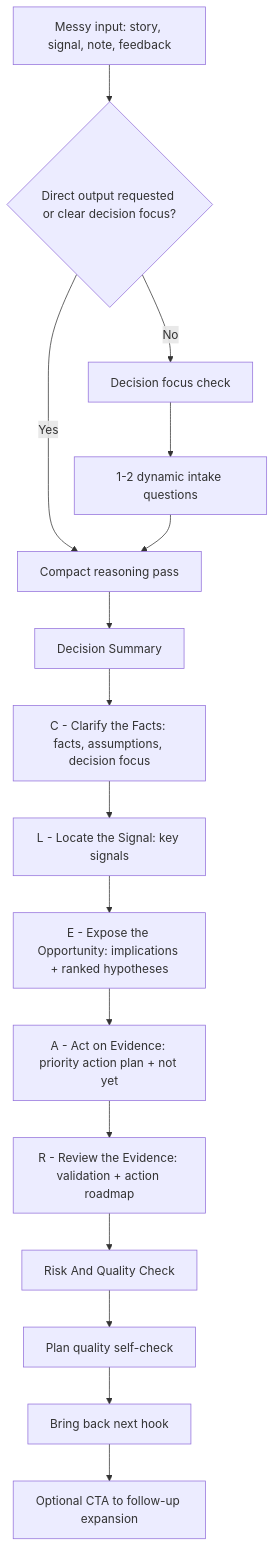
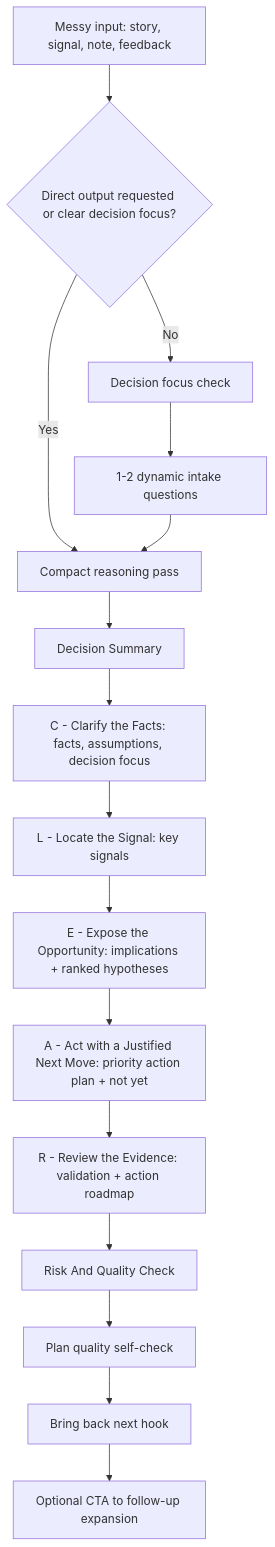
One commit to fzfclee/signal-to-action-planner changed the diagram in conversation_flow.md. Above: the diagram before and after it, drawn with Mermaid. The commit also changed other lines of this file and 10 other files, not shown here.

````diff
--- a/conversation_flow.md
+++ b/conversation_flow.md
@@ -10,18 +10,18 @@
 ```mermaid
 flowchart TD
     A["Messy input: story, signal, note, feedback"] --> B{"Direct output requested or clear decision focus?"}
     B -->|Yes| E["Compact reasoning pass"]
     B -->|No| C["Decision focus check"]
     C --> D["1-2 dynamic intake questions"]
     D --> E
     E --> F["Decision Summary"]
     F --> G["C - Clarify the Facts: facts, assumptions, decision focus"]
     G --> H["L - Locate the Signal: key signals"]
     H --> I["E - Expose the Opportunity: implications + ranked hypotheses"]
-    I --> J["A - Act on Evidence: priority action plan + not yet"]
+    I --> J["A - Act with a Justified Next Move: priority action plan + not yet"]
     J --> K["R - Review the Evidence: validation + action roadmap"]
     K --> L["Risk And Quality Check"]
     L --> M["Plan quality self-check"]
     M --> N["Bring back next hook"]
     N --> O["Optional CTA to follow-up expansion"]
 ```
````
